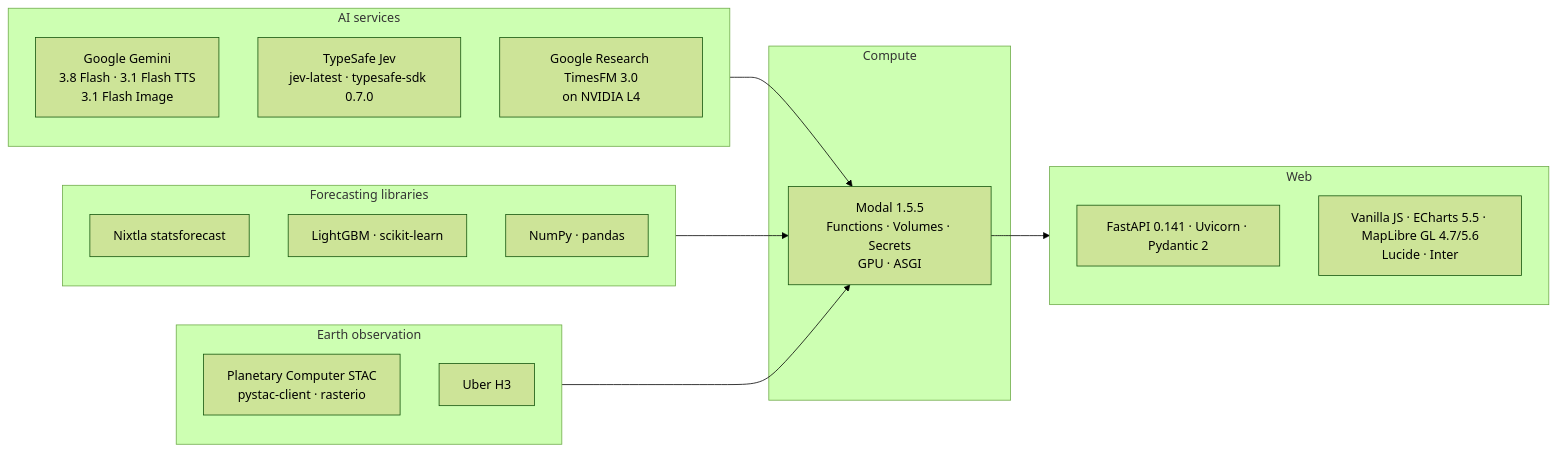
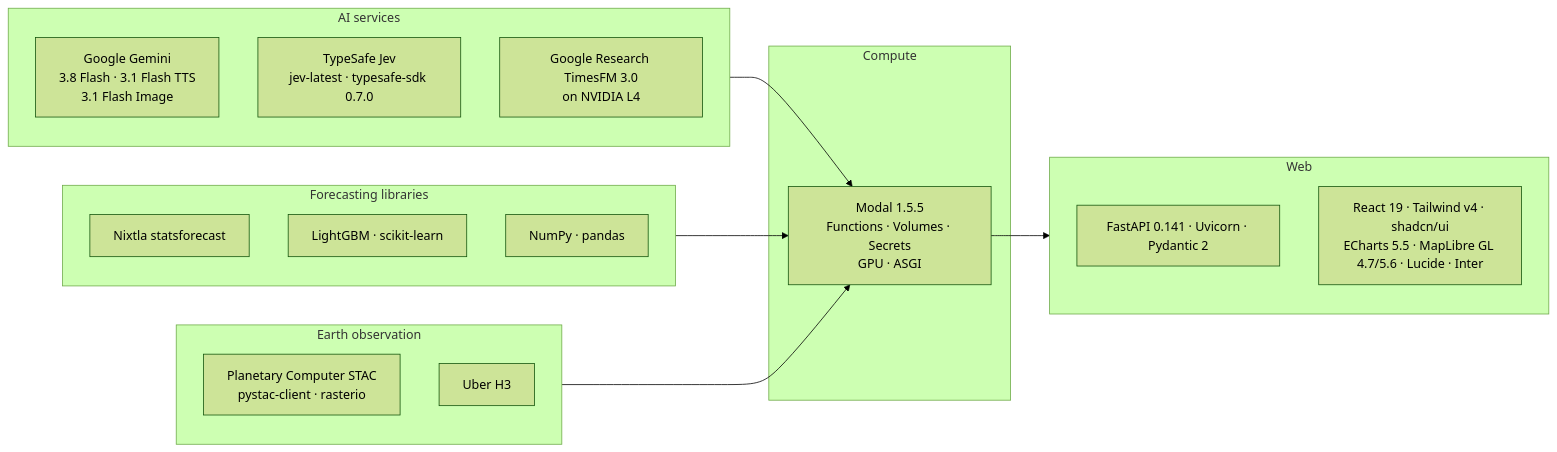
Before and after one commit to londrwus/techeu_agentichack: the diagram in docs/TECH_STACK.md, drawn with Mermaid (forest theme). The commit also changed other lines of this file and 104 other files, not shown here.

````diff
--- a/docs/TECH_STACK.md
+++ b/docs/TECH_STACK.md
@@ -9,27 +9,27 @@
 ```mermaid
 flowchart LR
   subgraph AI[AI services]
     G[Google Gemini<br/>3.8 Flash · 3.1 Flash TTS<br/>3.1 Flash Image]
     J[TypeSafe Jev<br/>jev-latest · typesafe-sdk 0.7.0]
     T[Google Research TimesFM 3.0<br/>on NVIDIA L4]
   end
   subgraph Compute
     M[Modal 1.5.5<br/>Functions · Volumes · Secrets<br/>GPU · ASGI]
   end
   subgraph ML[Forecasting libraries]
     SF[Nixtla statsforecast]
     LG[LightGBM · scikit-learn]
     NP[NumPy · pandas]
   end
   subgraph Geo[Earth observation]
     PC[Planetary Computer STAC<br/>pystac-client · rasterio]
     H3[Uber H3]
   end
   subgraph Web
     FA[FastAPI 0.141 · Uvicorn · Pydantic 2]
-    FE[Vanilla JS · ECharts 5.5 · MapLibre GL 4.7/5.6<br/>Lucide · Inter]
+    FE[React 19 · Tailwind v4 · shadcn/ui<br/>ECharts 5.5 · MapLibre GL 4.7/5.6 · Lucide · Inter]
   end
   AI --> M --> Web
   ML --> M
   Geo --> M
 ```
````
